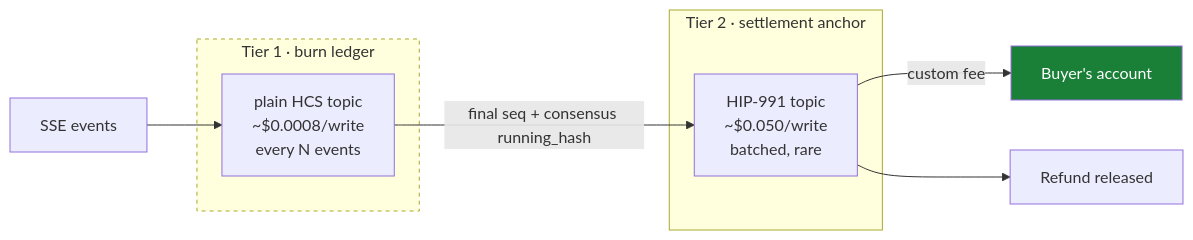
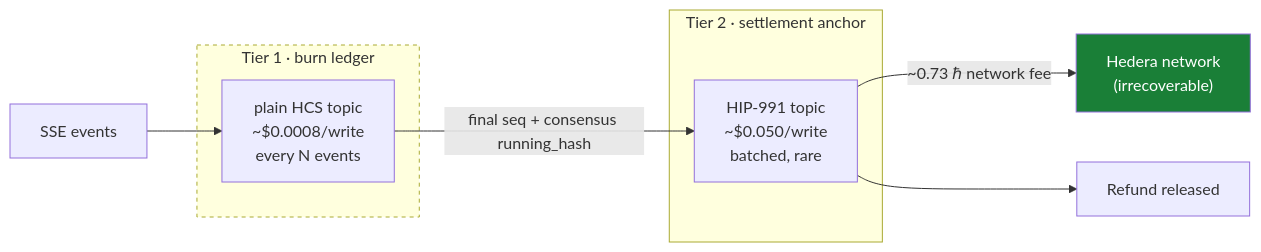
Before and after one commit to hitakshiA/pinout: the second of 4 diagrams in README.md, drawn with Mermaid. The commit also changed other lines of this file and 8 other files, not shown here.

````diff
--- a/README.md
+++ b/README.md
@@ -93,16 +93,16 @@
 ```mermaid
 flowchart LR
     subgraph T1["Tier 1 · burn ledger"]
         A["plain HCS topic<br/>~$0.0008/write<br/>every N events"]
     end
     subgraph T2["Tier 2 · settlement anchor"]
         B["HIP-991 topic<br/>~$0.050/write<br/>batched, rare"]
     end
     E[SSE events] --> A
     A -->|"final seq + consensus running_hash"| B
-    B -->|"custom fee"| BUY["Buyer's account"]
+    B -->|"~0.73 ℏ network fee"| NET["Hedera network<br/>(irrecoverable)"]
     B --> R[Refund released]
 
     style T1 stroke-dasharray: 4
-    style BUY fill:#1a7f37,color:#fff
+    style NET fill:#1a7f37,color:#fff
 ```
````
